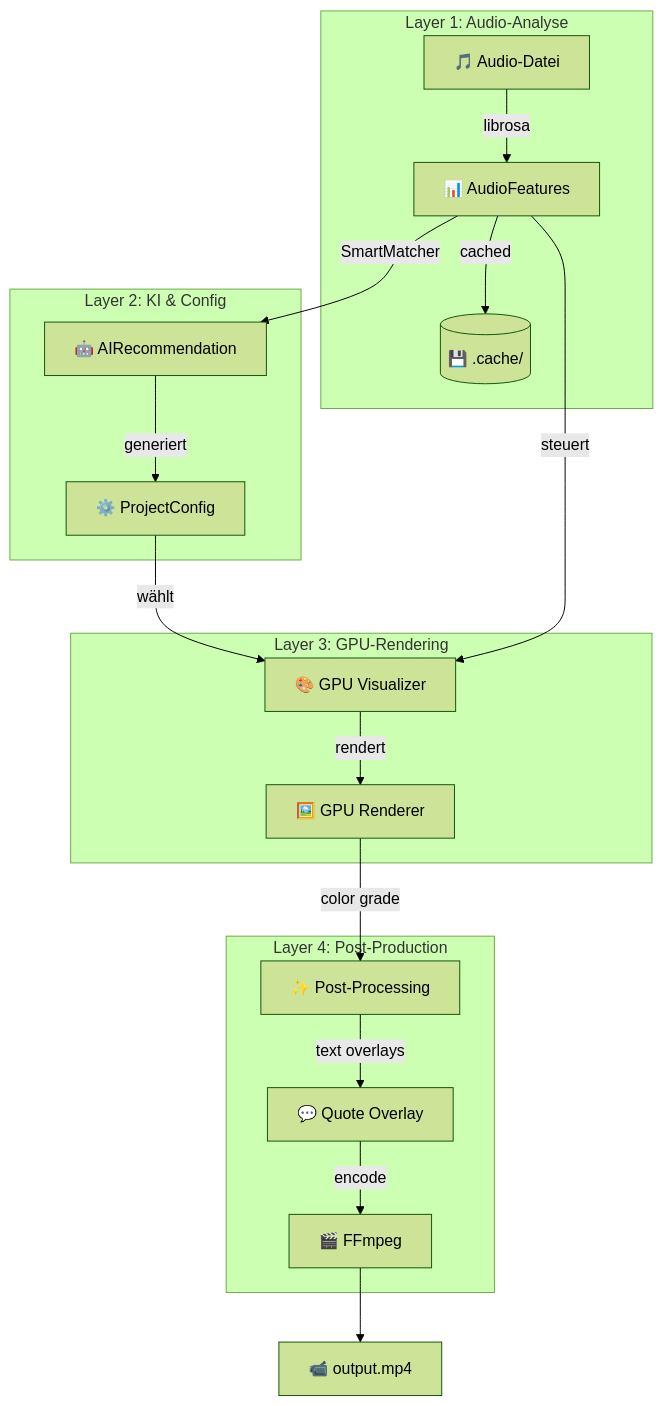
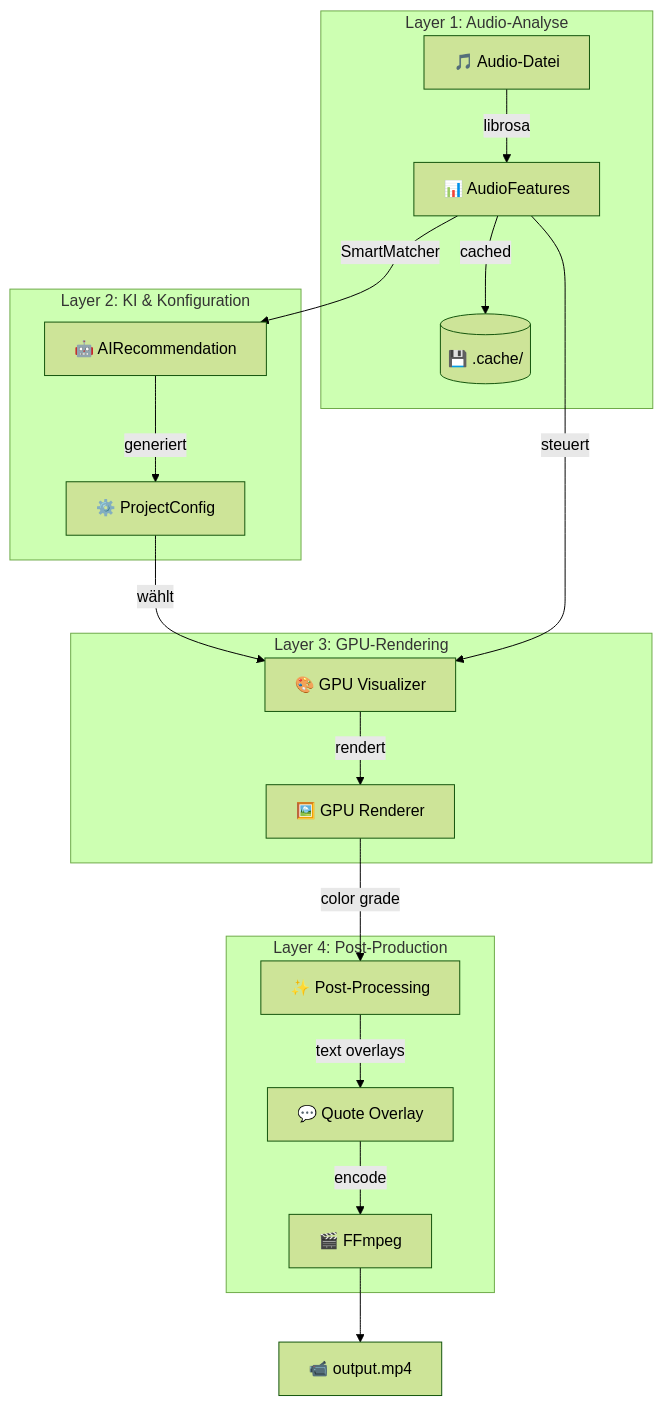
The first of 2 diagrams in README.md (deusexlumen/audio-visualizer-pro), drawn with Mermaid (forest theme) before and after one commit. The commit also changed other lines of this file and 1 other file, not shown here.

````diff
--- a/README.md
+++ b/README.md
@@ -197,26 +161,26 @@
 ```mermaid
 graph TD
     subgraph "Layer 1: Audio-Analyse"
         A[🎵 Audio-Datei] -->|librosa| B[📊 AudioFeatures]
-        B -->|cached| C[(💾 .cache/ )]
+        B -->|cached| C[(💾 .cache/)]
     end
 
-    subgraph "Layer 2: KI & Config"
+    subgraph "Layer 2: KI & Konfiguration"
         B -->|SmartMatcher| D[🤖 AIRecommendation]
         D -->|generiert| E[⚙️ ProjectConfig]
     end
 
     subgraph "Layer 3: GPU-Rendering"
         E -->|wählt| F[🎨 GPU Visualizer]
         B -->|steuert| F
         F -->|rendert| G[🖼️ GPU Renderer]
     end
 
     subgraph "Layer 4: Post-Production"
         G -->|color grade| H[✨ Post-Processing]
         H -->|text overlays| I[💬 Quote Overlay]
         I -->|encode| J[🎬 FFmpeg]
     end
 
     J --> K[📹 output.mp4]
 ```
````
